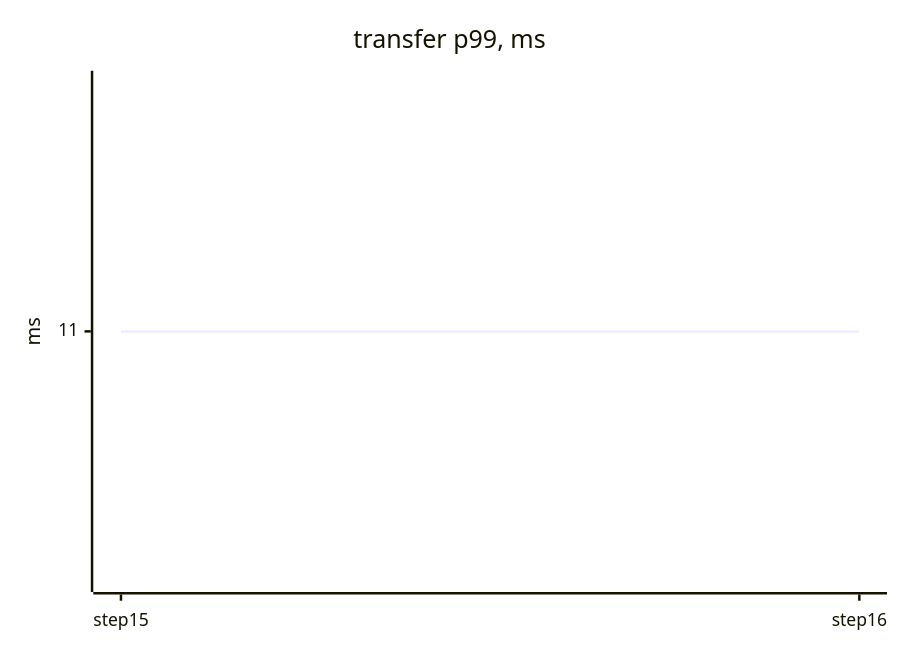
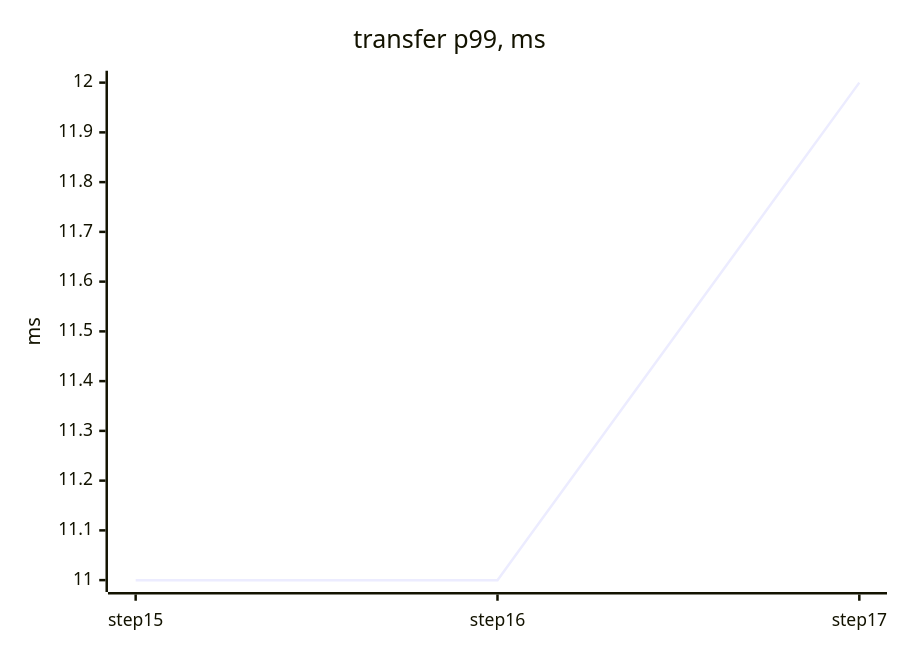
The first of 4 diagrams in docs/perf/README.md (tanvoid0/ledgerflow), drawn with Mermaid before and after one commit. The commit also changed other lines of this file and 7 other files, not shown here.

````diff
--- a/docs/perf/README.md
+++ b/docs/perf/README.md
@@ -19,7 +20,7 @@
 ```mermaid
 xychart-beta
     title "transfer p99, ms"
-    x-axis ["step15", "step16"]
+    x-axis ["step15", "step16", "step17"]
     y-axis "ms"
-    line [11, 11]
+    line [11, 11, 12]
 ```
````
